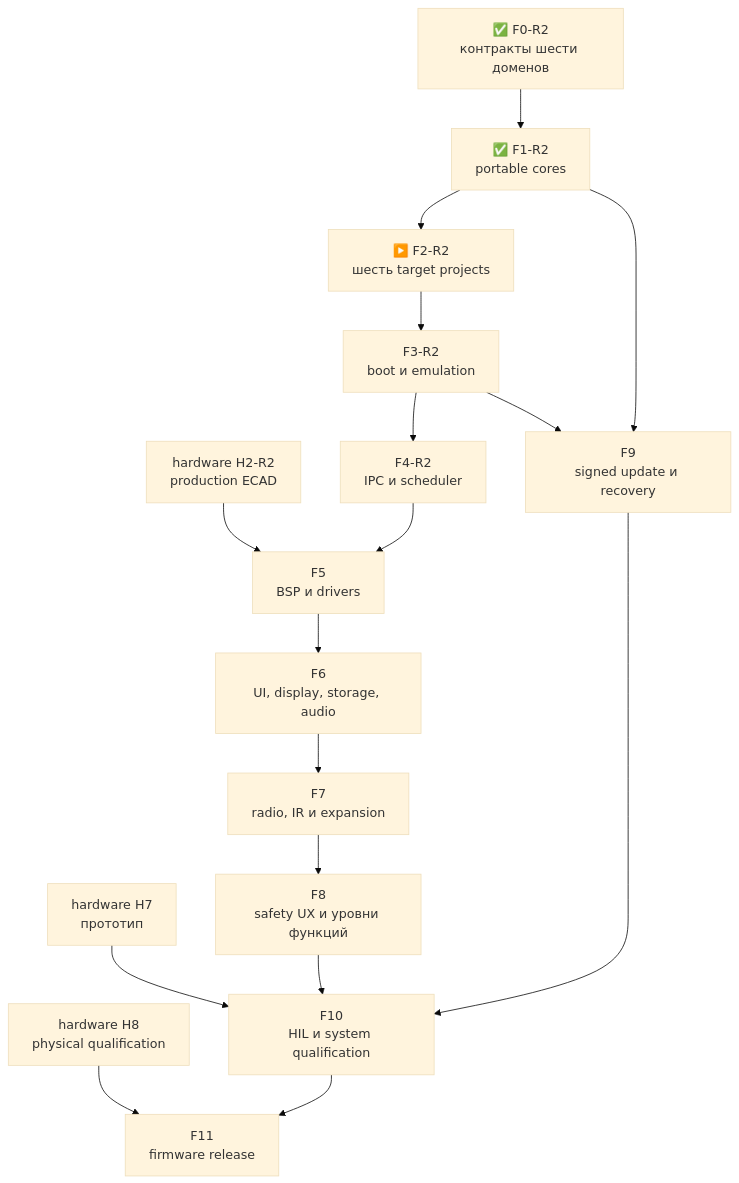
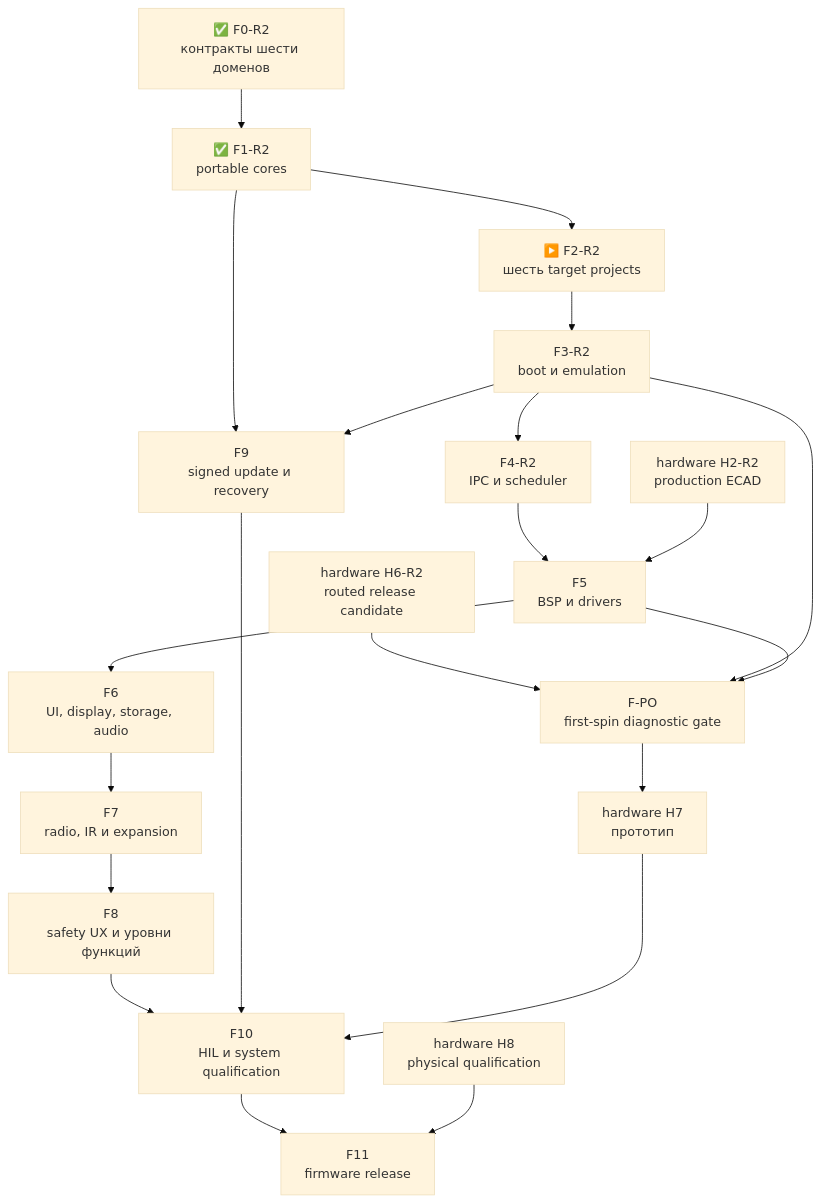
Before and after one commit to anton-vinogradov/esp32-leshy2-firmware: the diagram in docs/roadmap.ru.md, drawn with Mermaid (base theme). The commit also changed other lines of this file and 14 other files, not shown here.

Commit message:
gate first-spin diagnostics before order

````diff
--- a/docs/roadmap.ru.md
+++ b/docs/roadmap.ru.md
@@ -205,25 +242,30 @@
 ```mermaid
 flowchart TD
   H2["hardware H2-R2<br/>production ECAD"]
+  H6["hardware H6-R2<br/>routed release candidate"]
   H7["hardware H7<br/>прототип"]
   H8["hardware H8<br/>physical qualification"]
   F0["✅ F0-R2<br/>контракты шести доменов"]
   F1["✅ F1-R2<br/>portable cores"]
   F2["▶️ F2-R2<br/>шесть target projects"]
   F3["F3-R2<br/>boot и emulation"]
   F4["F4-R2<br/>IPC и scheduler"]
   F5["F5<br/>BSP и drivers"]
   F6["F6<br/>UI, display, storage, audio"]
   F7["F7<br/>radio, IR и expansion"]
   F8["F8<br/>safety UX и уровни функций"]
   F9["F9<br/>signed update и recovery"]
+  FPO["F-PO<br/>first-spin diagnostic gate"]
   F10["F10<br/>HIL и system qualification"]
   F11["F11<br/>firmware release"]
 
   F0 --> F1 --> F2 --> F3 --> F4 --> F5 --> F6 --> F7 --> F8 --> F10 --> F11
   F1 --> F9
   F3 --> F9 --> F10
   H2 --> F5
+  H6 --> FPO --> H7
+  F3 --> FPO
+  F5 --> FPO
   H7 --> F10
   H8 --> F11
 ```
````
